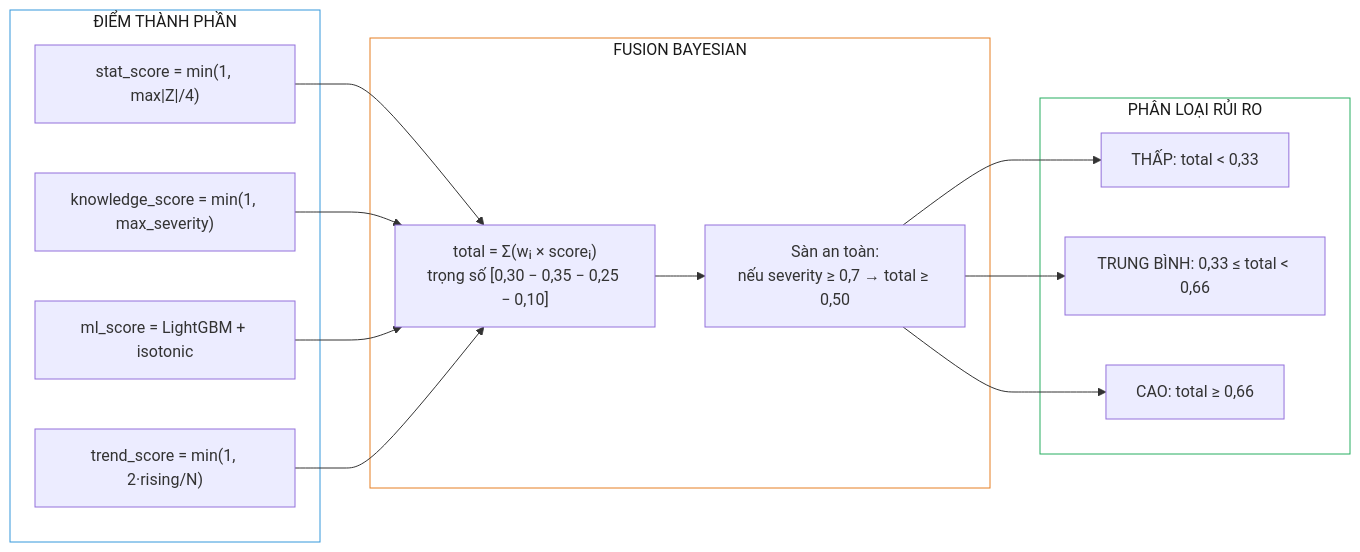
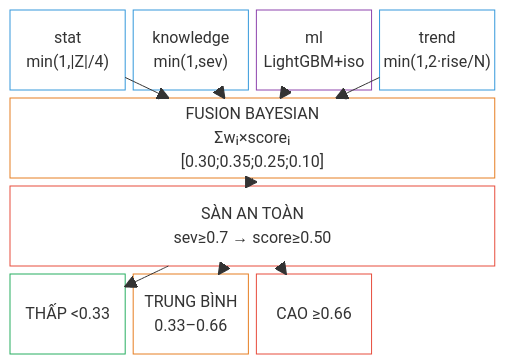
The diagram in docs/figures/fig10_tier3_fusion.mmd (dotlinux26/health-risk-early-warning), drawn with Mermaid before and after one commit. The commit also changed 8 other files, not shown here.

Commit message:
fig7-10: chuyển sang block-beta gọn, tiếng Việt đủ dấu

```diff
--- a/docs/figures/fig10_tier3_fusion.mmd
+++ b/docs/figures/fig10_tier3_fusion.mmd
@@ -1,31 +1,29 @@
-flowchart LR
-    subgraph COMP["ĐIỂM THÀNH PHẦN"]
-        C1["stat_score = min(1, max|Z|/4)"]
-        C2["knowledge_score = min(1, max_severity)"]
-        C3["ml_score = LightGBM + isotonic"]
-        C4["trend_score = min(1, 2·rising/N)"]
-    end
-
-    subgraph FUS["FUSION BAYESIAN"]
-        F1["total = Σ(wᵢ × scoreᵢ)<br/>trọng số [0,30 − 0,35 − 0,25 − 0,10]"]
-        F2["Sàn an toàn:<br/>nếu severity ≥ 0,7 → total ≥ 0,50"]
-    end
-
-    subgraph THRESH["PHÂN LOẠI RỦI RO"]
-        T1["THẤP: total < 0,33"]
-        T2["TRUNG BÌNH: 0,33 ≤ total < 0,66"]
-        T3["CAO: total ≥ 0,66"]
-    end
-
-    C1 --> F1
-    C2 --> F1
-    C3 --> F1
-    C4 --> F1
-    F1 --> F2
-    F2 --> T1
-    F2 --> T2
-    F2 --> T3
-
-    style COMP fill:#ffffff,stroke:#3498db,color:#1a1a1a
-    style FUS fill:#ffffff,stroke:#e67e22,color:#1a1a1a
-    style THRESH fill:#ffffff,stroke:#27ae60,color:#1a1a1a
+block-beta
+  columns 4
+  C1["stat\nmin(1,|Z|/4)"]:1
+  C2["knowledge\nmin(1,sev)"]:1
+  C3["ml\nLightGBM+iso"]:1
+  C4["trend\nmin(1,2·rise/N)"]:1
+  FUS["FUSION BAYESIAN\nΣwᵢ×scoreᵢ\n[0.30;0.35;0.25;0.10]"]:4
+  SF["SÀN AN TOÀN\nsev≥0.7 → score≥0.50"]:4
+  T1["THẤP <0.33"]:1
+  T2["TRUNG BÌNH\n0.33–0.66"]:1
+  T3["CAO ≥0.66"]:1
+  space:1
+  C1 --> FUS
+  C2 --> FUS
+  C3 --> FUS
+  C4 --> FUS
+  FUS --> SF
+  SF --> T1
+  SF --> T2
+  SF --> T3
+  style C1 fill:#fff,stroke:#3498db,color:#222
+  style C2 fill:#fff,stroke:#3498db,color:#222
+  style C3 fill:#fff,stroke:#8e44ad,color:#222
+  style C4 fill:#fff,stroke:#3498db,color:#222
+  style FUS fill:#fff,stroke:#e67e22,color:#222
+  style SF fill:#fff,stroke:#e74c3c,color:#222
+  style T1 fill:#fff,stroke:#27ae60,color:#222
+  style T2 fill:#fff,stroke:#e67e22,color:#222
+  style T3 fill:#fff,stroke:#e74c3c,color:#222
```
